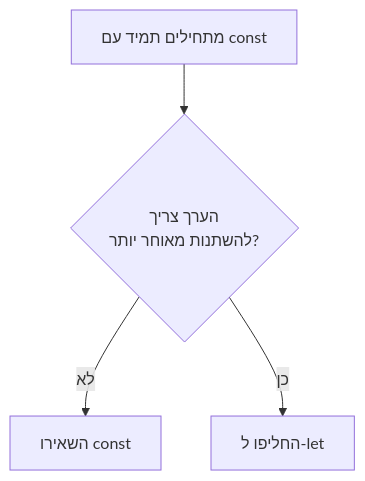
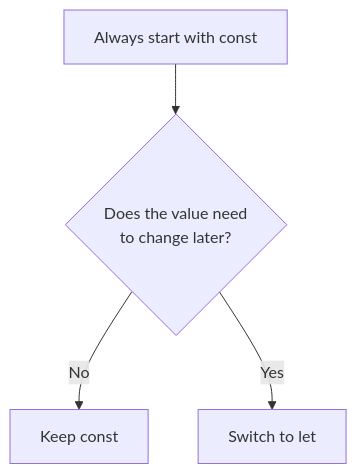
Before and after one commit to neriyaMalachi/FullStack_kodkode_5: the diagram in content/docs/javascript/2-js-variables-content.md, drawn with Mermaid. The commit also changed other lines of this file and 117 other files, not shown here.

````diff
--- a/content/docs/javascript/2-js-variables-content.md
+++ b/content/docs/javascript/2-js-variables-content.md
@@ -47,7 +47,7 @@
 ```mermaid
 flowchart TD
-    A["מתחילים תמיד עם const"] --> B{"הערך צריך
-    להשתנות מאוחר יותר?"}
-    B -->|לא| C["השאירו const"]
-    B -->|כן| D["החליפו ל-let"]
+    A["Always start with const"] --> B{"Does the value need
+    to change later?"}
+    B -->|No| C["Keep const"]
+    B -->|Yes| D["Switch to let"]
 ```
````
